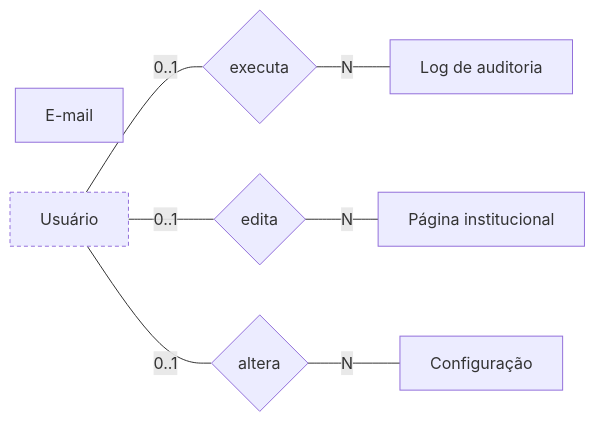
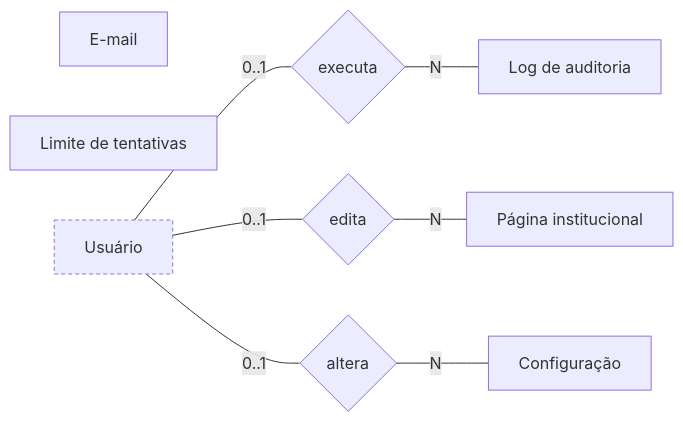
The eighth of 8 diagrams in docs/banco-de-dados/02-der.md (Ks7dev/Project_Senai), drawn with Mermaid before and after one commit. The commit also changed other lines of this file and 15 other files, not shown here.

````diff
--- a/docs/banco-de-dados/02-der.md
+++ b/docs/banco-de-dados/02-der.md
@@ -387,18 +387,19 @@
 ```mermaid
 flowchart LR
   e_settings["Configuração"]
   e_institutional_pages["Página institucional"]
   e_audit_logs["Log de auditoria"]
   e_email_outbox["E-mail"]
+  e_rate_limit_buckets["Limite de tentativas"]
   e_users["Usuário"]:::ext
   r0{"executa"}
   e_users -- "0..1" --- r0
   r0 -- "N" --- e_audit_logs
   r1{"edita"}
   e_users -- "0..1" --- r1
   r1 -- "N" --- e_institutional_pages
   r2{"altera"}
   e_users -- "0..1" --- r2
   r2 -- "N" --- e_settings
   classDef ext stroke-dasharray: 4 3
 ```
````
